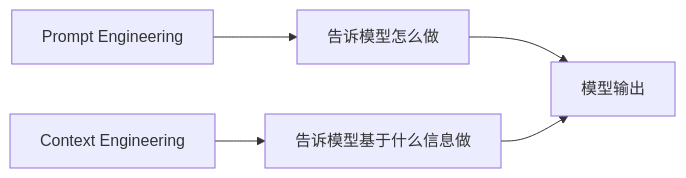
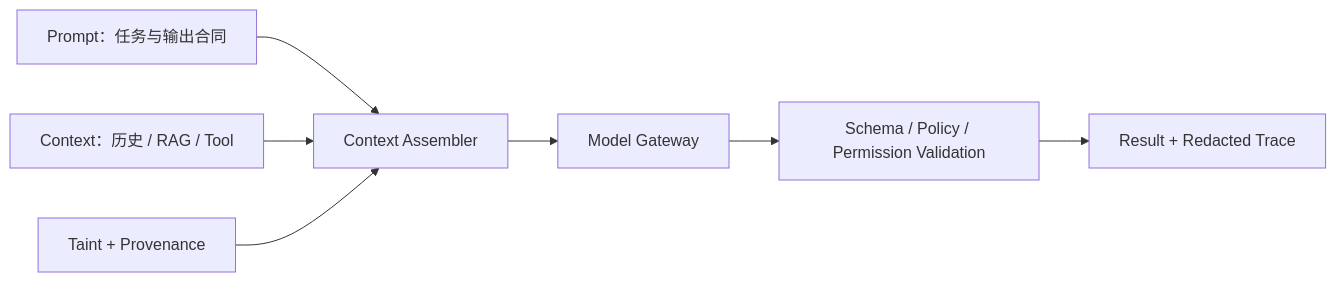
Before and after one commit to yanishuang/learn_ai_agent: the first of 2 diagrams in chapters/03-prompt-and-context-engineering.md, drawn with Mermaid. The commit also changed other lines of this file and 102 other files, not shown here.

````diff
--- a/chapters/03-prompt-and-context-engineering.md
+++ b/chapters/03-prompt-and-context-engineering.md
@@ -66,7 +60,9 @@
 ```mermaid
 flowchart LR
-    A["Prompt Engineering"] --> C["告诉模型怎么做"]
-    B["Context Engineering"] --> D["告诉模型基于什么信息做"]
-    C --> E["模型输出"]
-    D --> E
+    P["Prompt：任务与输出合同"] --> A["Context Assembler"]
+    C["Context：历史 / RAG / Tool"] --> A
+    T["Taint + Provenance"] --> A
+    A --> M["Model Gateway"]
+    M --> V["Schema / Policy / Permission Validation"]
+    V --> R["Result + Redacted Trace"]
 ```
````
